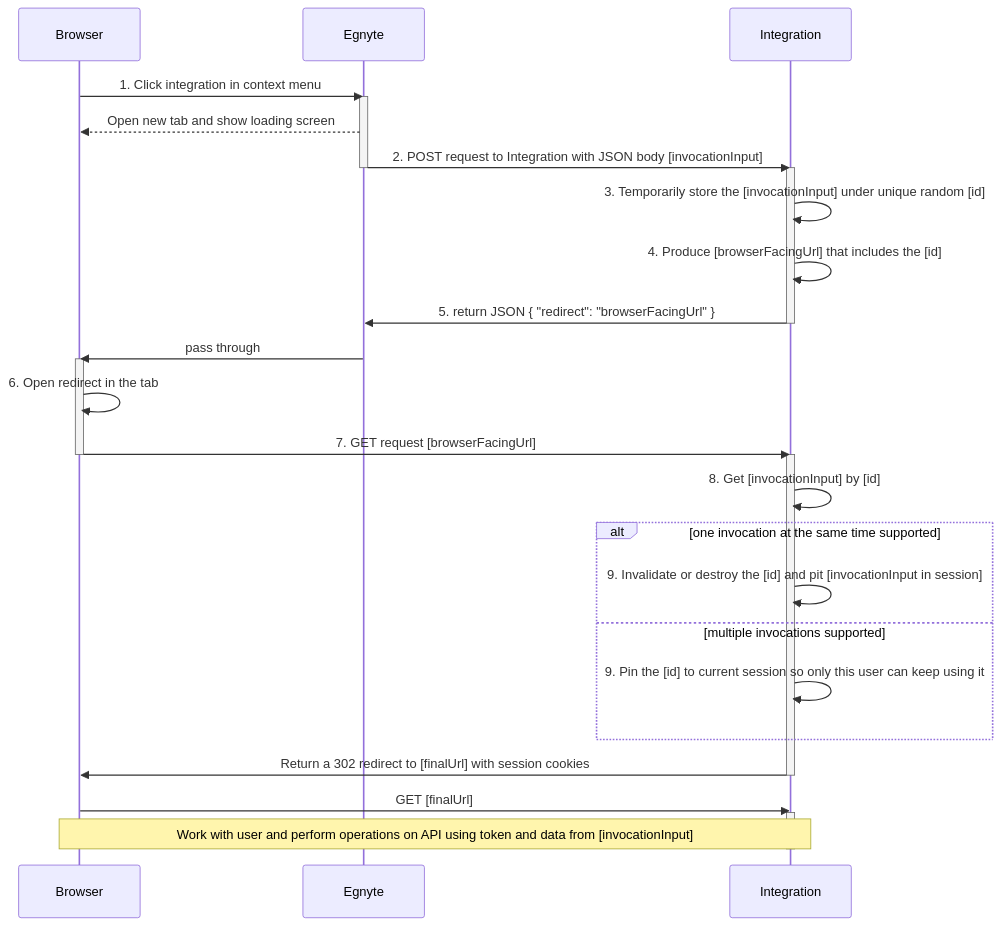
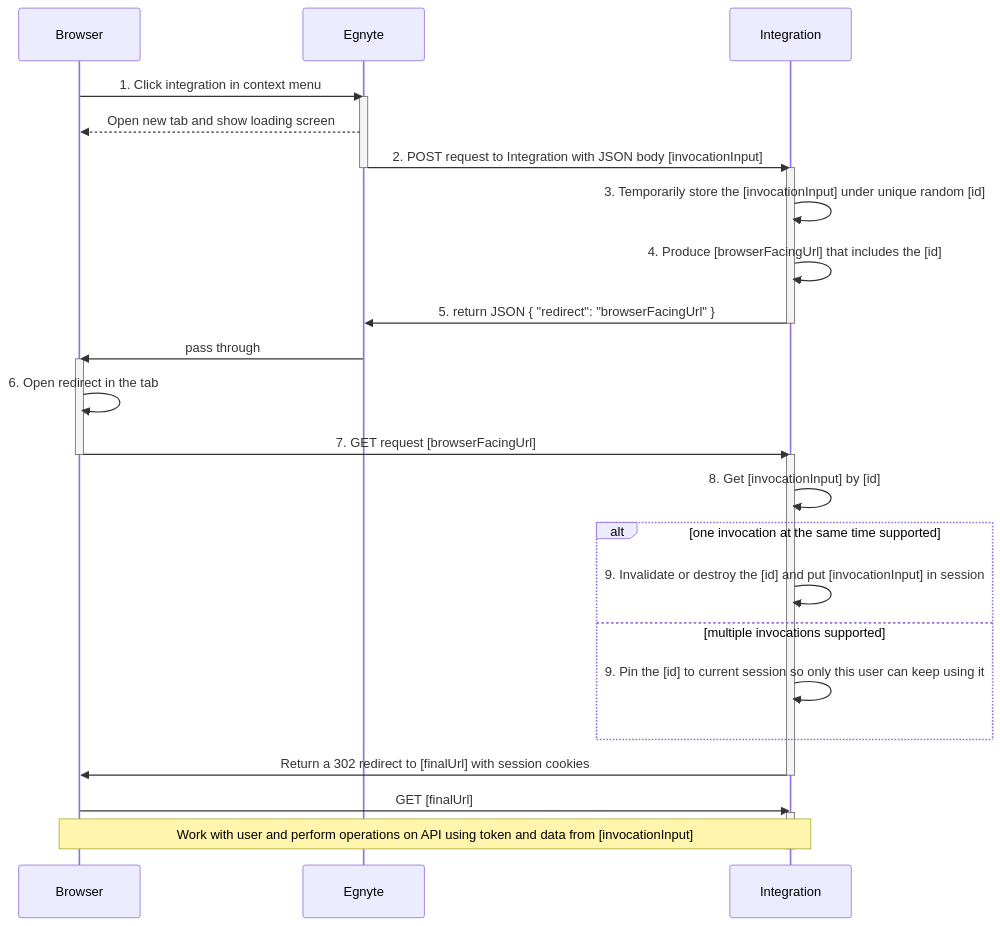
One commit to egnyte/for-integrators changed the diagram in doc/UIntegrate_flow_diagram_session.mermaid. Above: the diagram before and after it, drawn with Mermaid. The commit also changed 1 other file, not shown here.

Commit message:
fix typo in session diagram

```diff
--- a/doc/UIntegrate_flow_diagram_session.mermaid
+++ b/doc/UIntegrate_flow_diagram_session.mermaid
@@ -1,32 +1,32 @@
 sequenceDiagram
     participant Browser
     participant Egnyte
     participant Integration
     Browser->>Egnyte: 1. Click integration in context menu
     activate Egnyte
     Egnyte-->>Browser: Open new tab and show loading screen
     Egnyte->>Integration:  2. POST request to Integration with JSON body [invocationInput]
     deactivate Egnyte
     activate Integration
     Integration->>Integration: 3. Temporarily store the [invocationInput] under unique random [id]
     Integration->>Integration: 4. Produce [browserFacingUrl] that includes the [id]
     Integration->>Egnyte: 5. return JSON { "redirect": "browserFacingUrl" }
     deactivate Integration
     Egnyte->>Browser: pass through
     activate Browser
     Browser->>Browser: 6. Open redirect in the tab
     Browser->>Integration: 7. GET request [browserFacingUrl]
     deactivate Browser
     activate Integration
     Integration->>Integration: 8. Get [invocationInput] by [id]
     alt one invocation at the same time supported
-    Integration->>Integration: 9. Invalidate or destroy the [id] and pit [invocationInput in session]
+    Integration->>Integration: 9. Invalidate or destroy the [id] and put [invocationInput] in session
     else multiple invocations supported
     Integration->>Integration: 9. Pin the [id] to current session so only this user can keep using it
     end
     Integration->>Browser: Return a 302 redirect to [finalUrl] with session cookies
     deactivate Integration
     Browser->>Integration: GET [finalUrl]
     activate Integration
     Note over Browser, Integration:Work with user and perform operations on API using token and data from [invocationInput]
     deactivate Integration
```
